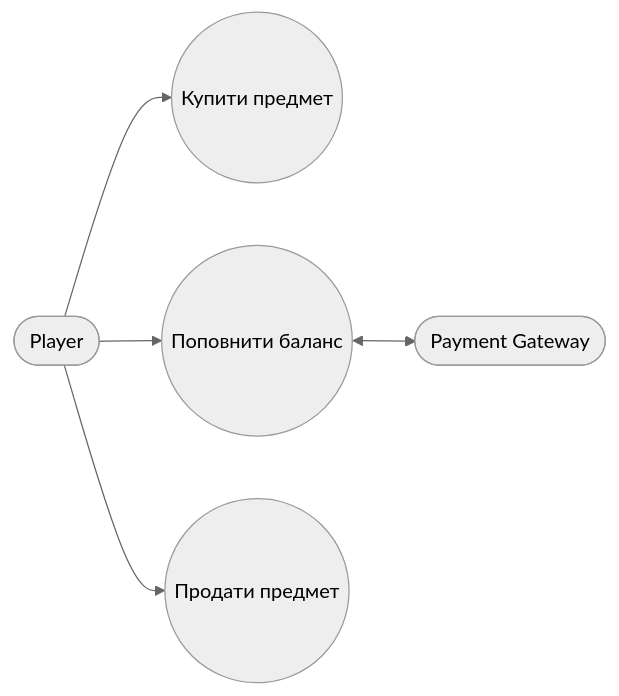
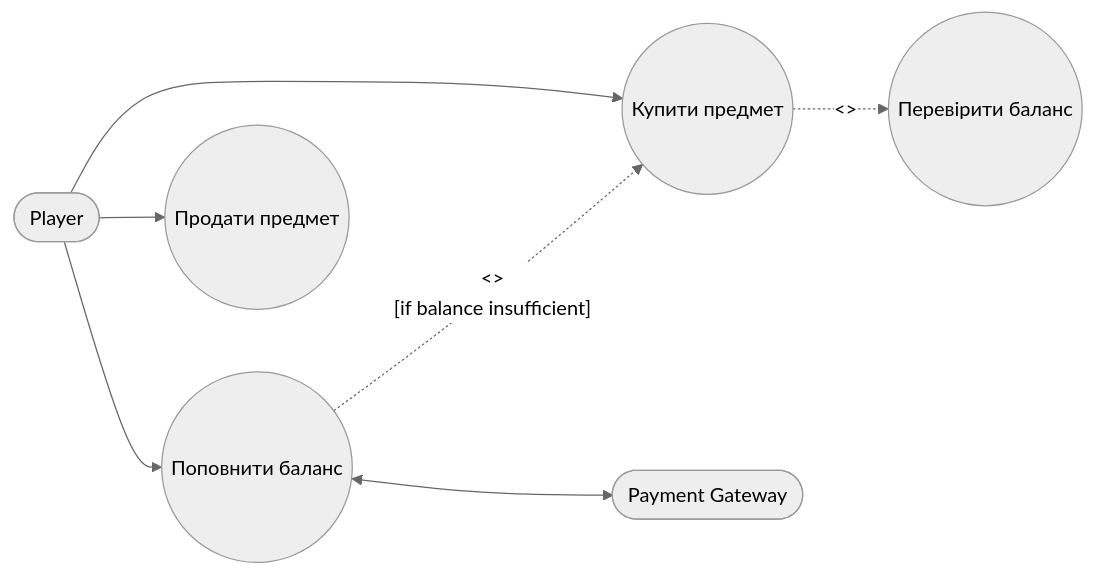
One commit to Rostislav77-hub/KPI-Architecture-Labs changed the diagram in lab2/use_cases.mmd. Above: the diagram before and after it, drawn with Mermaid (neutral theme). The commit also changed 1 other file, not shown here.

Commit message:
fix: resolve EARS ambiguity and add include/extend to use cases

```diff
--- a/lab2/use_cases.mmd
+++ b/lab2/use_cases.mmd
@@ -1,15 +1,20 @@
 flowchart LR
     %% Актори
     Player([Player])
     PaymentGateway([Payment Gateway])
 
     %% Use Cases
     UC1((Купити предмет))
-    UC2((Поповнити баланс))
-    UC3((Продати предмет))
+    UC2((Перевірити баланс))
+    UC3((Поповнити баланс))
+    UC4((Продати предмет))
 
     %% Зв'язки
     Player --> UC1
-    Player --> UC2
+    Player --> UC4
     Player --> UC3
-    UC2 <--> PaymentGateway
+    
+    UC1 -. "<<include>>" .-> UC2
+    UC3 -. "<<extend>>\n[if balance insufficient]" .-> UC1
+    
+    UC3 <--> PaymentGateway
```
